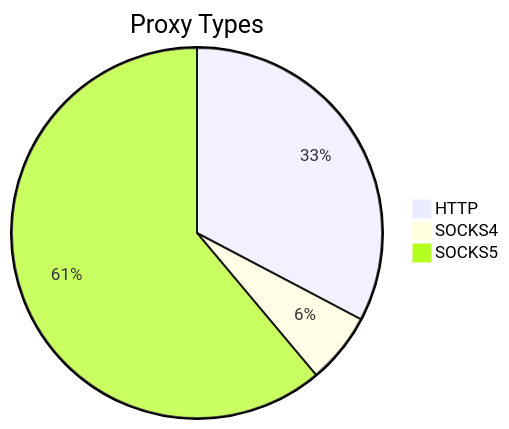
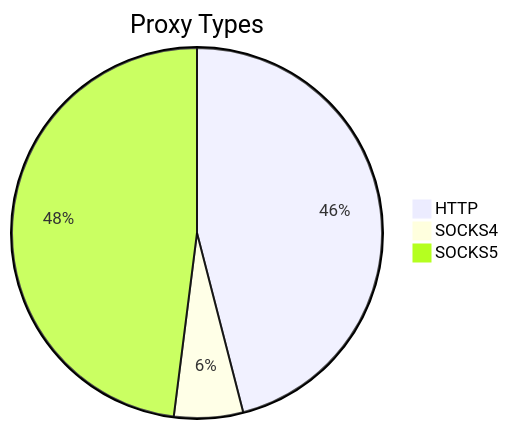
The first of 2 diagrams in README.md (stormsia/proxy-list), drawn with Mermaid before and after one commit. The commit also changed other lines of this file, not shown here.

````diff
--- a/README.md
+++ b/README.md
@@ -21,6 +21,6 @@
 ```mermaid
 pie title Proxy Types
-    "HTTP" : 159
+    "HTTP" : 229
     "SOCKS4" : 30
-    "SOCKS5" : 297
+    "SOCKS5" : 239
 ```
````
